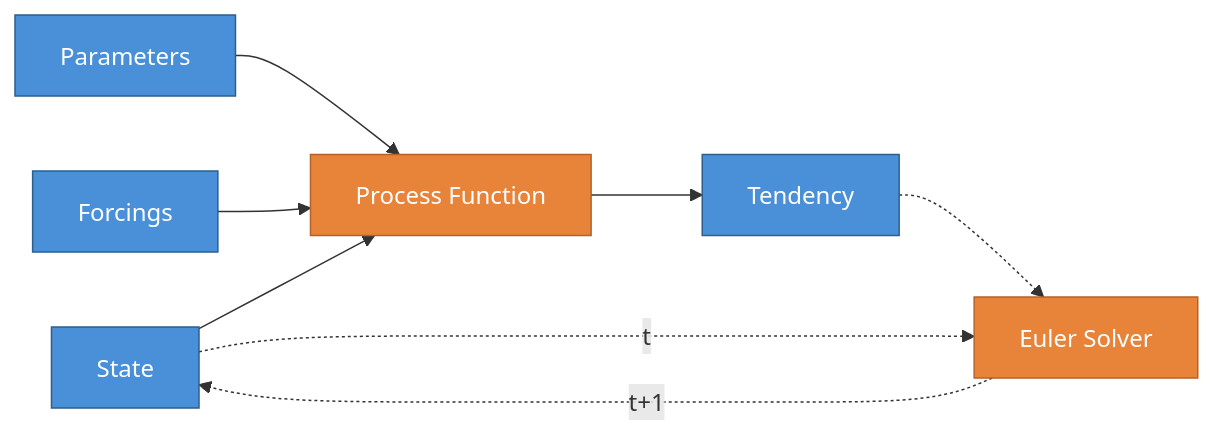
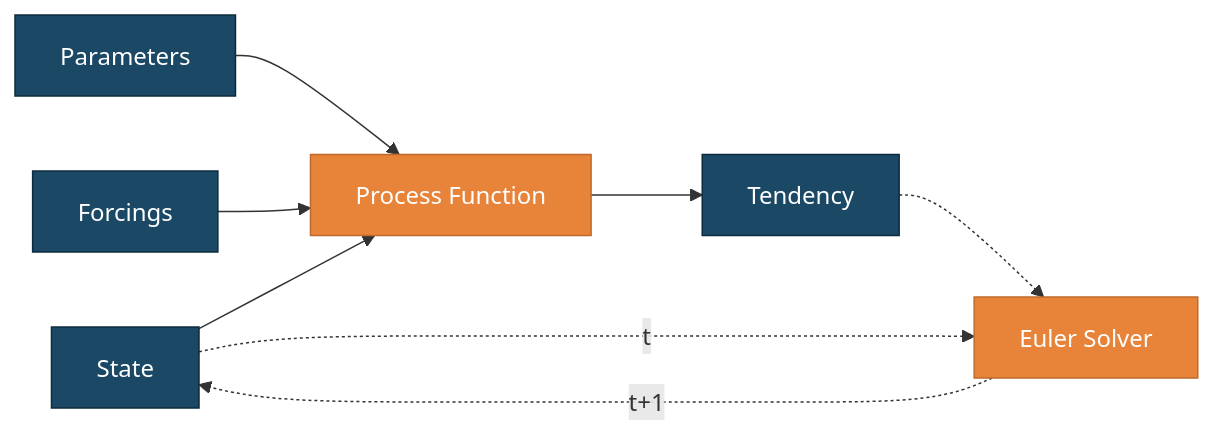
One commit to Ash12H/SeapoPym-JAX changed the second of 3 diagrams in README.md. Above: the diagram before and after it, drawn with Mermaid. The commit also changed other lines of this file and 15 other files, not shown here.

````diff
--- a/README.md
+++ b/README.md
@@ -57,17 +57,17 @@
 ```mermaid
 graph LR
     S[State] --> F[Process Function]
     P[Parameters] --> F
     Fo[Forcings] --> F
     F --> T[Tendency]
     T -.-> E[Euler Solver]
     S -.->|t| E
     E -.->|t+1| S
 
-    style S fill:#4a90d9,stroke:#2c5f8a,color:#fff
-    style P fill:#4a90d9,stroke:#2c5f8a,color:#fff
-    style Fo fill:#4a90d9,stroke:#2c5f8a,color:#fff
-    style T fill:#4a90d9,stroke:#2c5f8a,color:#fff
-    style F fill:#e8833a,stroke:#b5612a,color:#fff
-    style E fill:#e8833a,stroke:#b5612a,color:#fff
+    style S fill:#1b4965,stroke:#0d2b3e,color:#fff
+    style P fill:#1b4965,stroke:#0d2b3e,color:#fff
+    style Fo fill:#1b4965,stroke:#0d2b3e,color:#fff
+    style T fill:#1b4965,stroke:#0d2b3e,color:#fff
+    style F fill:#e8833a,stroke:#c06a2a,color:#fff
+    style E fill:#e8833a,stroke:#c06a2a,color:#fff
 ```
````
